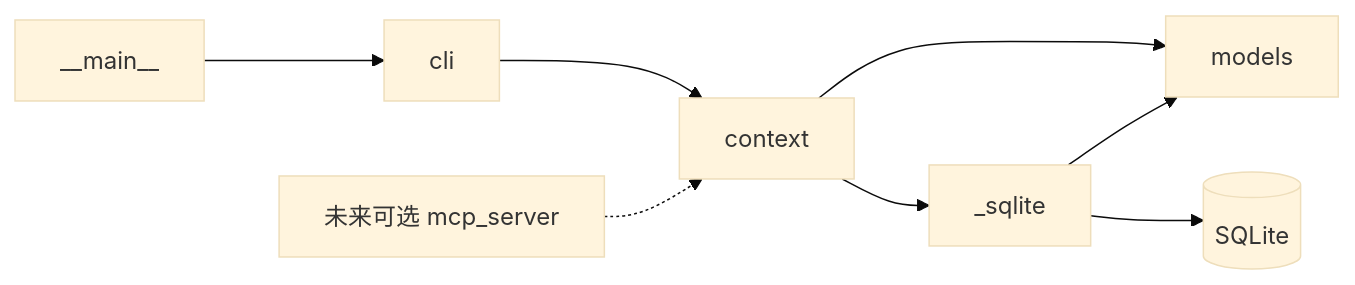
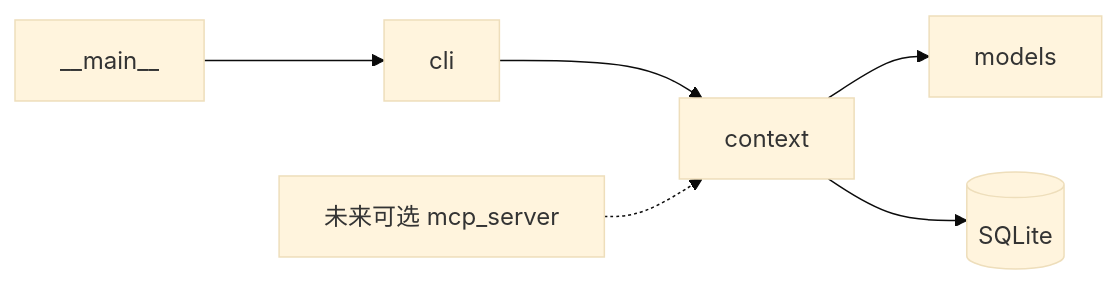
The diagram in specs/001-shared-context-mvp/design.md (cfddd/shared-ai-context), drawn with Mermaid (base theme) before and after one commit. The commit also changed other lines of this file and 3 other files, not shown here.

````diff
--- a/specs/001-shared-context-mvp/design.md
+++ b/specs/001-shared-context-mvp/design.md
@@ -51,10 +49,8 @@
 ```mermaid
 flowchart LR
     Main[__main__] --> CLI[cli]
     CLI --> Core[context]
     MCP[未来可选 mcp_server] -.-> Core
-    Core --> DB[_sqlite]
     Core --> Models[models]
-    DB --> Models
-    DB --> SQLite[(SQLite)]
+    Core --> SQLite[(SQLite)]
 ```
````
